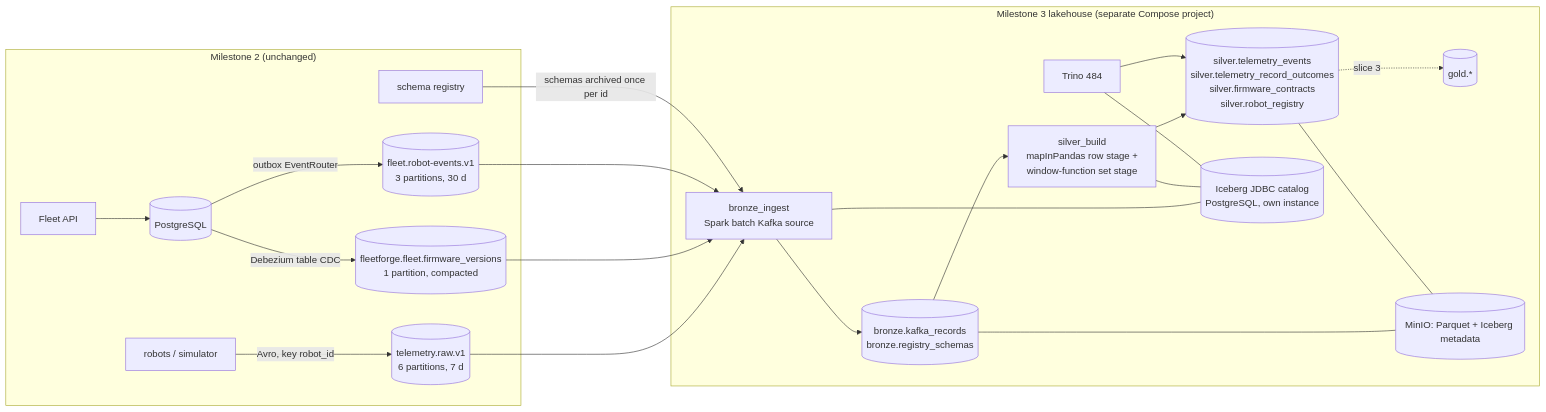
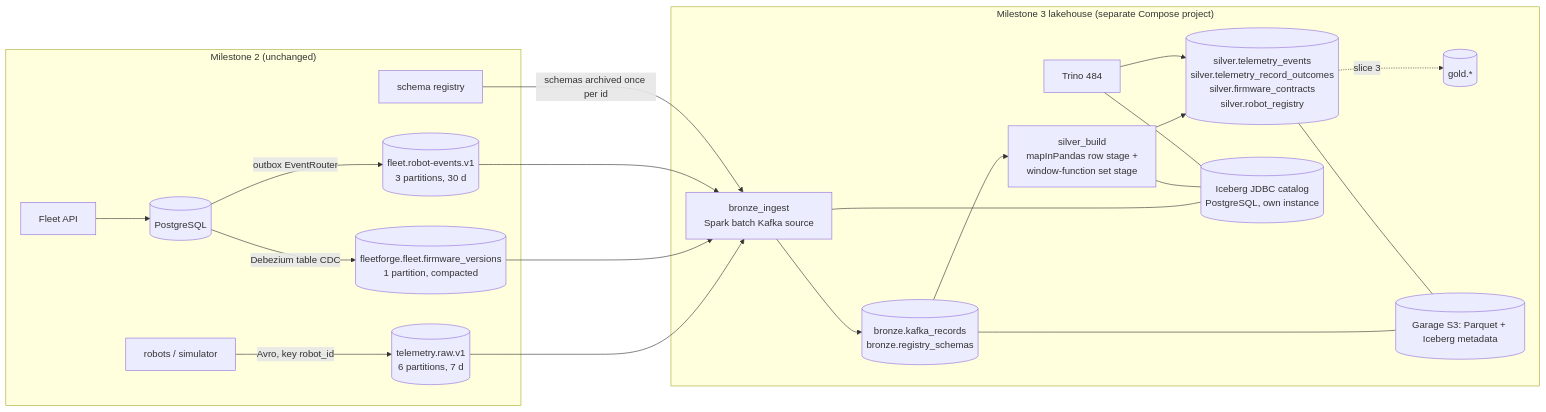
One commit to efkontoes/fleetforge changed the diagram in docs/architecture/milestone-3.md. Above: the diagram before and after it, drawn with Mermaid. The commit also changed other lines of this file and 9 other files, not shown here.

````diff
--- a/docs/architecture/milestone-3.md
+++ b/docs/architecture/milestone-3.md
@@ -29,26 +30,26 @@
 ```mermaid
 flowchart LR
   subgraph M2["Milestone 2 (unchanged)"]
     P[robots / simulator] -->|Avro, key robot_id| T[(telemetry.raw.v1<br/>6 partitions, 7 d)]
     API[Fleet API] --> PG[(PostgreSQL)]
     PG -->|Debezium table CDC| FW[(fleetforge.fleet.firmware_versions<br/>1 partition, compacted)]
     PG -->|outbox EventRouter| RE[(fleet.robot-events.v1<br/>3 partitions, 30 d)]
     REG[schema registry]
   end
   subgraph M3["Milestone 3 lakehouse (separate Compose project)"]
     BJ[bronze_ingest<br/>Spark batch Kafka source] --> B[(bronze.kafka_records<br/>bronze.registry_schemas)]
     B --> SJ[silver_build<br/>mapInPandas row stage +<br/>window-function set stage]
     SJ --> S[(silver.telemetry_events<br/>silver.telemetry_record_outcomes<br/>silver.firmware_contracts<br/>silver.robot_registry)]
     S -.slice 3.-> G[(gold.*)]
     CAT[(Iceberg JDBC catalog<br/>PostgreSQL, own instance)]
-    S3[(MinIO: Parquet + Iceberg metadata)]
+    S3[(Garage S3: Parquet + Iceberg metadata)]
     TR[Trino 484]
   end
   T --> BJ
   FW --> BJ
   RE --> BJ
   REG -->|schemas archived once per id| BJ
   B & S --- S3
   BJ & SJ & TR --- CAT
   TR --> S
 ```
````
